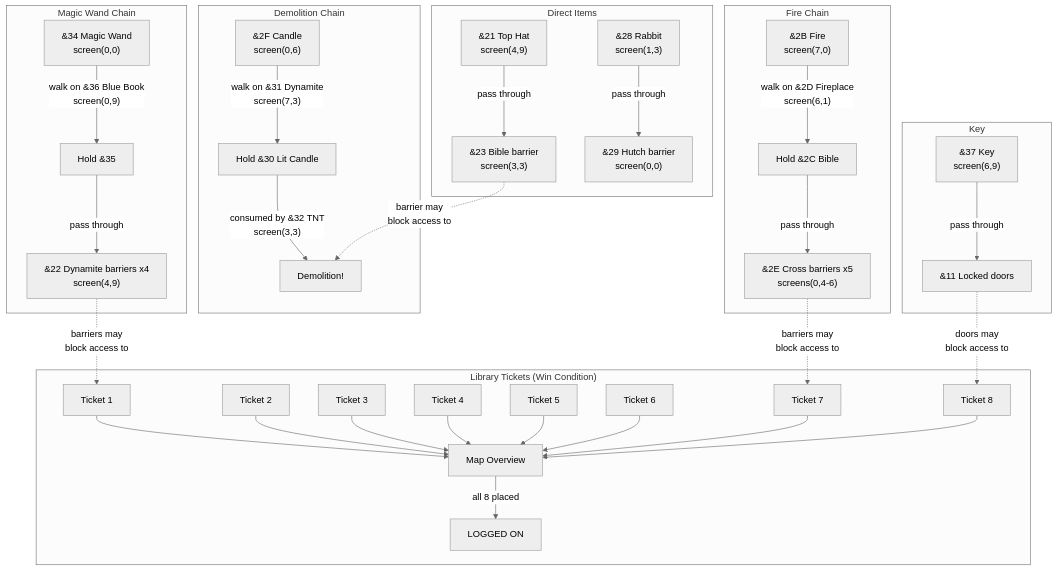
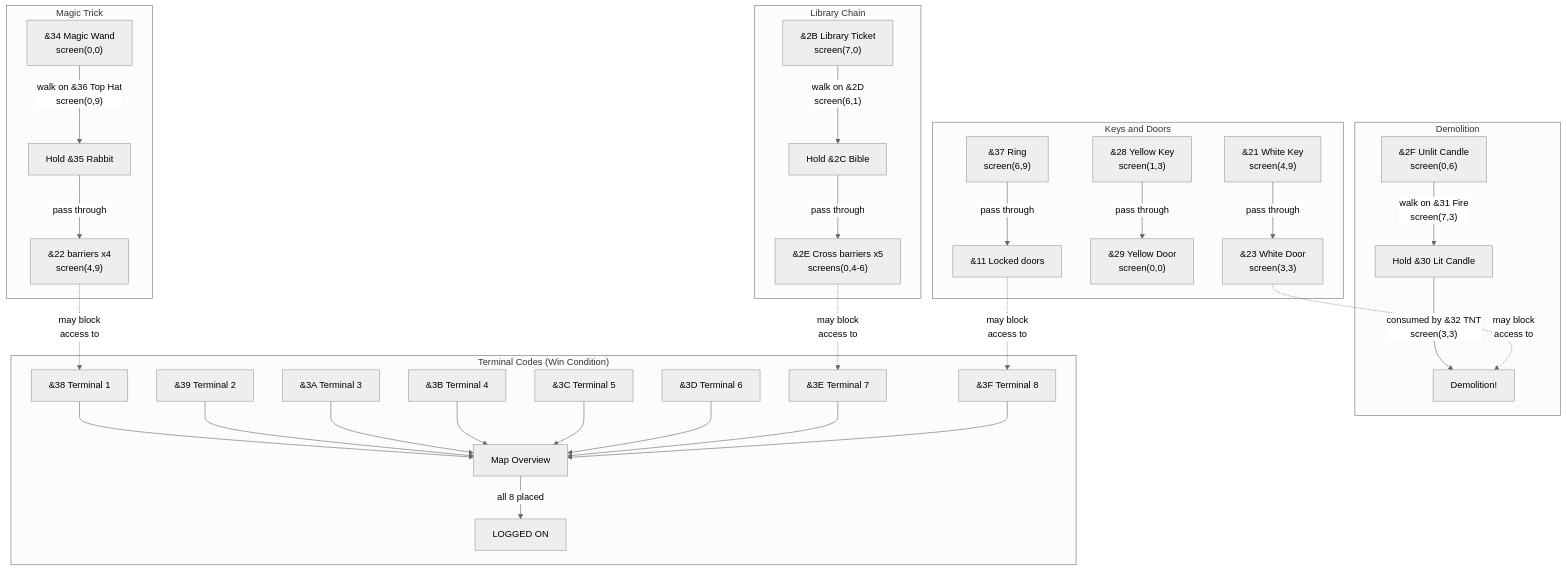
One commit to mattgodbolt/frogman changed the diagram in LEVEL1_OBJECTS.md. Above: the diagram before and after it, drawn with Mermaid (neutral theme). The commit also changed other lines of this file and 2 other files, not shown here.

````diff
--- a/LEVEL1_OBJECTS.md
+++ b/LEVEL1_OBJECTS.md
@@ -156,50 +174,48 @@
 ```mermaid
 graph TD
-    subgraph "Magic Wand Chain"
+    subgraph "Magic Trick"
         WAND["&34 Magic Wand<br/>screen(0,0)"]
-        WAND --> |"walk on &36 Blue Book<br/>screen(0,9)"| ORB["Hold &35"]
-        ORB --> |"pass through"| DYNAMITE["&22 Dynamite barriers x4<br/>screen(4,9)"]
+        WAND --> |"walk on &36 Top Hat<br/>screen(0,9)"| RABBIT["Hold &35 Rabbit"]
+        RABBIT --> |"pass through"| BARRIER22["&22 barriers x4<br/>screen(4,9)"]
     end
 
-    subgraph "Fire Chain"
-        FIRE["&2B Fire<br/>screen(7,0)"]
-        FIRE --> |"walk on &2D Fireplace<br/>screen(6,1)"| BIBLE["Hold &2C Bible"]
+    subgraph "Library Chain"
+        TICKET["&2B Library Ticket<br/>screen(7,0)"]
+        TICKET --> |"walk on &2D<br/>screen(6,1)"| BIBLE["Hold &2C Bible"]
         BIBLE --> |"pass through"| CROSSES["&2E Cross barriers x5<br/>screens(0,4-6)"]
     end
 
-    subgraph "Demolition Chain"
-        CANDLE["&2F Candle<br/>screen(0,6)"]
-        CANDLE --> |"walk on &31 Dynamite<br/>screen(7,3)"| LITCANDLE["Hold &30 Lit Candle"]
+    subgraph "Demolition"
+        CANDLE["&2F Unlit Candle<br/>screen(0,6)"]
+        CANDLE --> |"walk on &31 Fire<br/>screen(7,3)"| LITCANDLE["Hold &30 Lit Candle"]
         LITCANDLE --> |"consumed by &32 TNT<br/>screen(3,3)"| BOOM["Demolition!"]
     end
 
-    subgraph "Direct Items"
-        HAT["&21 Top Hat<br/>screen(4,9)"]
-        HAT --> |"pass through"| BIBLEBARRIER["&23 Bible barrier<br/>screen(3,3)"]
+    subgraph "Keys and Doors"
+        WKEY["&21 White Key<br/>screen(4,9)"]
+        WKEY --> |"pass through"| WDOOR["&23 White Door<br/>screen(3,3)"]
 
-        RABBIT["&28 Rabbit<br/>screen(1,3)"]
-        RABBIT --> |"pass through"| HUTCH["&29 Hutch barrier<br/>screen(0,0)"]
+        YKEY["&28 Yellow Key<br/>screen(1,3)"]
+        YKEY --> |"pass through"| YDOOR["&29 Yellow Door<br/>screen(0,0)"]
+
+        RING["&37 Ring<br/>screen(6,9)"]
+        RING --> |"pass through"| DOORS["&11 Locked doors"]
     end
 
-    subgraph "Key"
-        KEY["&37 Key<br/>screen(6,9)"]
-        KEY --> |"pass through"| DOORS["&11 Locked doors"]
-    end
-
-    subgraph "Library Tickets (Win Condition)"
-        T1["Ticket 1"] --> MAP["Map Overview"]
-        T2["Ticket 2"] --> MAP
-        T3["Ticket 3"] --> MAP
-        T4["Ticket 4"] --> MAP
-        T5["Ticket 5"] --> MAP
-        T6["Ticket 6"] --> MAP
-        T7["Ticket 7"] --> MAP
-        T8["Ticket 8"] --> MAP
+    subgraph "Terminal Codes (Win Condition)"
+        T1["&38 Terminal 1"] --> MAP["Map Overview"]
+        T2["&39 Terminal 2"] --> MAP
+        T3["&3A Terminal 3"] --> MAP
+        T4["&3B Terminal 4"] --> MAP
+        T5["&3C Terminal 5"] --> MAP
+        T6["&3D Terminal 6"] --> MAP
+        T7["&3E Terminal 7"] --> MAP
+        T8["&3F Terminal 8"] --> MAP
         MAP --> |"all 8 placed"| WIN["LOGGED ON"]
     end
 
-    DYNAMITE -.-> |"barriers may<br/>block access to"| T1
-    CROSSES -.-> |"barriers may<br/>block access to"| T7
-    BIBLEBARRIER -.-> |"barrier may<br/>block access to"| BOOM
-    DOORS -.-> |"doors may<br/>block access to"| T8
+    BARRIER22 -.-> |"may block<br/>access to"| T1
+    CROSSES -.-> |"may block<br/>access to"| T7
+    WDOOR -.-> |"may block<br/>access to"| BOOM
+    DOORS -.-> |"may block<br/>access to"| T8
 ```
````
